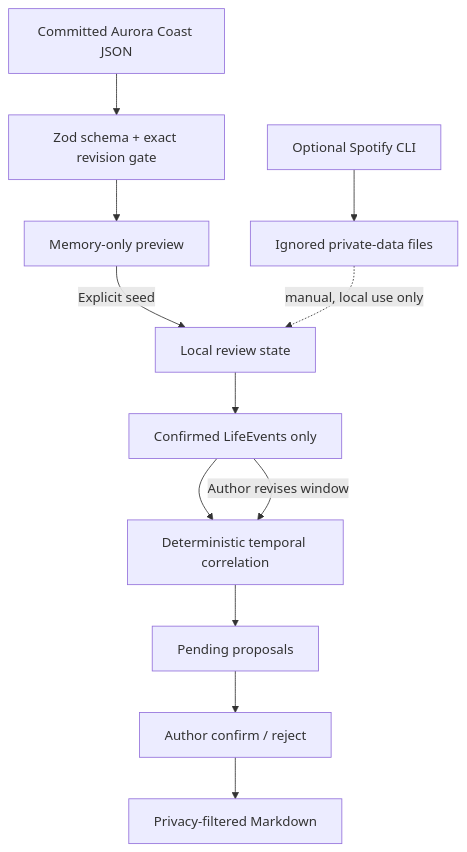
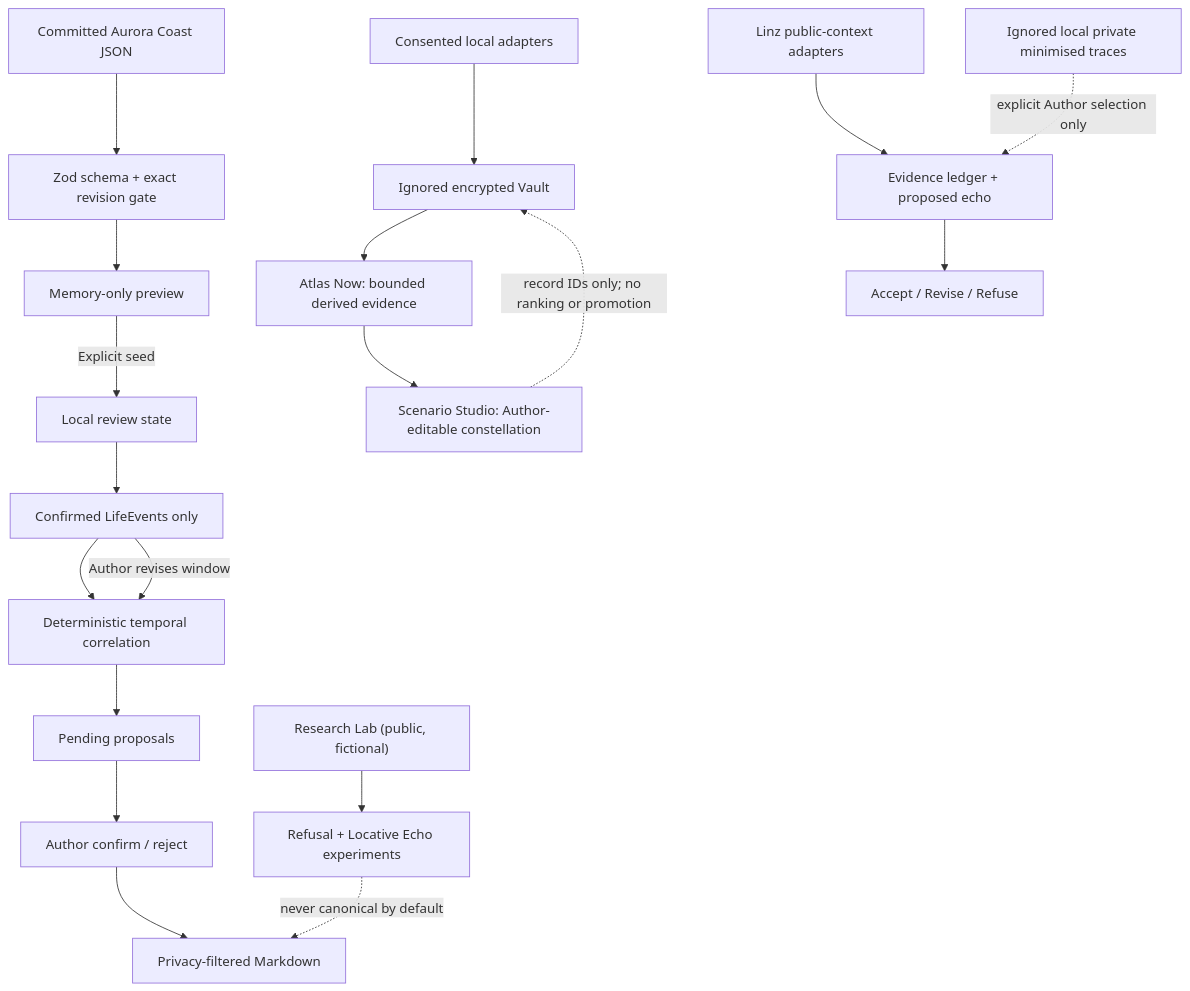
Before and after one commit to adinapirjol/storywalker-studio: the diagram in docs/architecture.md, drawn with Mermaid. The commit also changed other lines of this file and 121 other files, not shown here.

First line of the commit message:
feat: add Vault, Atlas Now, and Scenario Studio

````diff
--- a/docs/architecture.md
+++ b/docs/architecture.md
@@ -7,14 +7,21 @@
 ```mermaid
 flowchart TD
   A["Committed Aurora Coast JSON"] --> B["Zod schema + exact revision gate"]
   B --> C["Memory-only preview"]
   C -->|Explicit seed| D["Local review state"]
   D --> E["Confirmed LifeEvents only"]
   E --> F["Deterministic temporal correlation"]
   F --> G["Pending proposals"]
   G --> H["Author confirm / reject"]
   E -->|Author revises window| F
   H --> I["Privacy-filtered Markdown"]
-  J["Optional Spotify CLI"] --> K["Ignored private-data files"]
-  K -. "manual, local use only" .-> D
+  J["Consented local adapters"] --> K["Ignored encrypted Vault"]
+  K --> R["Atlas Now: bounded derived evidence"]
+  R --> S["Scenario Studio: Author-editable constellation"]
+  S -. "record IDs only; no ranking or promotion" .-> K
+  L["Research Lab (public, fictional)"] --> M["Refusal + Locative Echo experiments"]
+  M -. "never canonical by default" .-> I
+  N["Linz public-context adapters"] --> O["Evidence ledger + proposed echo"]
+  P["Ignored local private minimised traces"] -. "explicit Author selection only" .-> O
+  O --> Q["Accept / Revise / Refuse"]
 ```
````
